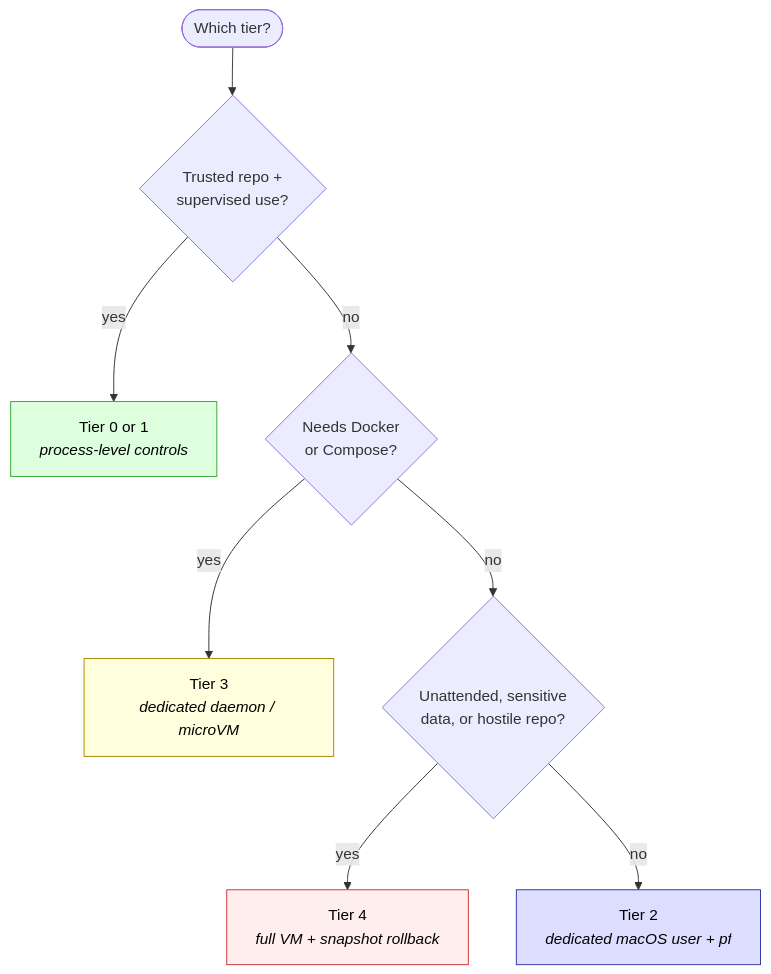
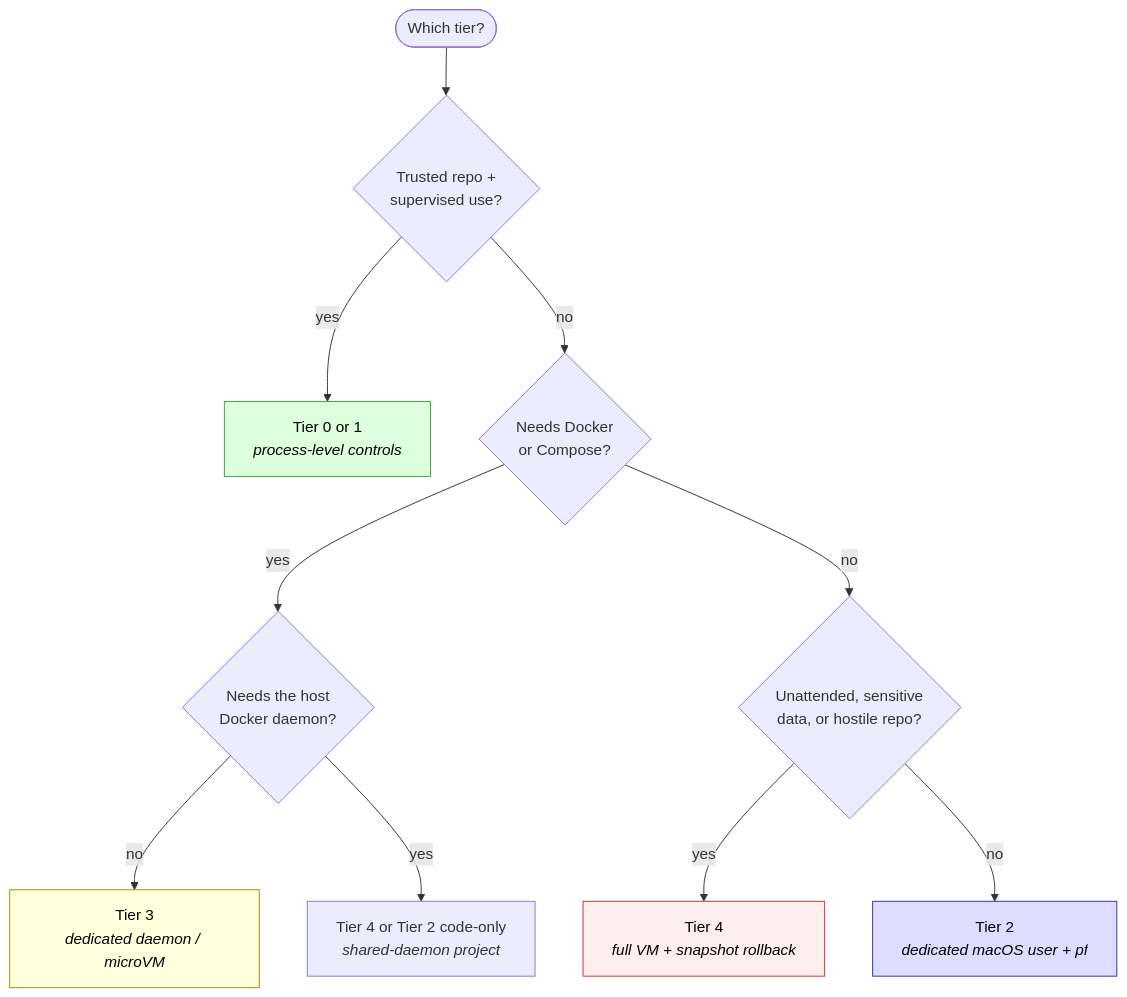
One commit to dredozubov/hazmat changed the diagram in docs/overview.md. Above: the diagram before and after it, drawn with Mermaid. The commit also changed other lines of this file and 10 other files, not shown here.

Commit message:
Clarify Docker routing and shared-daemon UX

````diff
--- a/docs/overview.md
+++ b/docs/overview.md
@@ -73,15 +77,17 @@
 ```mermaid
 flowchart TD
     Start([Which tier?]) --> Q1{Trusted repo +<br/>supervised use?}
     Q1 -- yes --> T01["Tier 0 or 1<br/><em>process-level controls</em>"]
     Q1 -- no --> Q2{Needs Docker<br/>or Compose?}
-    Q2 -- yes --> T3["Tier 3<br/><em>dedicated daemon / microVM</em>"]
+    Q2 -- yes --> Q2A{"Needs the host<br/>Docker daemon?"}
+    Q2A -- no --> T3["Tier 3<br/><em>dedicated daemon / microVM</em>"]
+    Q2A -- yes --> T4A["Tier 4 or Tier 2 code-only<br/><em>shared-daemon project</em>"]
     Q2 -- no --> Q3{Unattended, sensitive<br/>data, or hostile repo?}
     Q3 -- yes --> T4["Tier 4<br/><em>full VM + snapshot rollback</em>"]
     Q3 -- no --> T2["Tier 2<br/><em>dedicated macOS user + pf</em>"]
 
     style T01 fill:#dfd,stroke:#3a3,color:#000
     style T2 fill:#ddf,stroke:#33a,color:#000
     style T3 fill:#ffd,stroke:#a80,color:#000
     style T4 fill:#fee,stroke:#c33,color:#000
 ```
````
